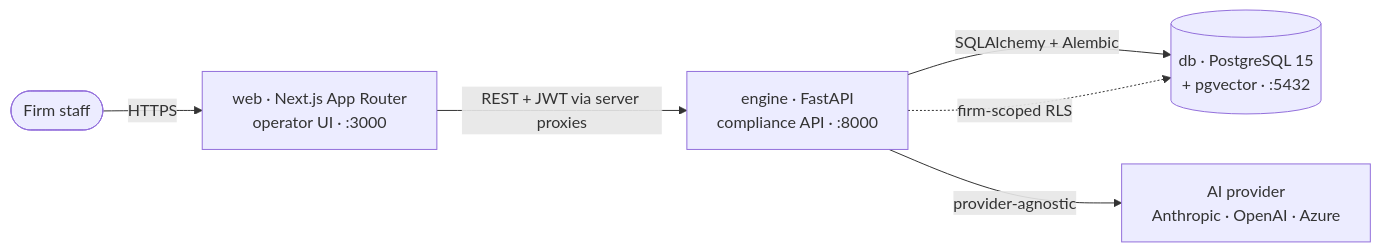
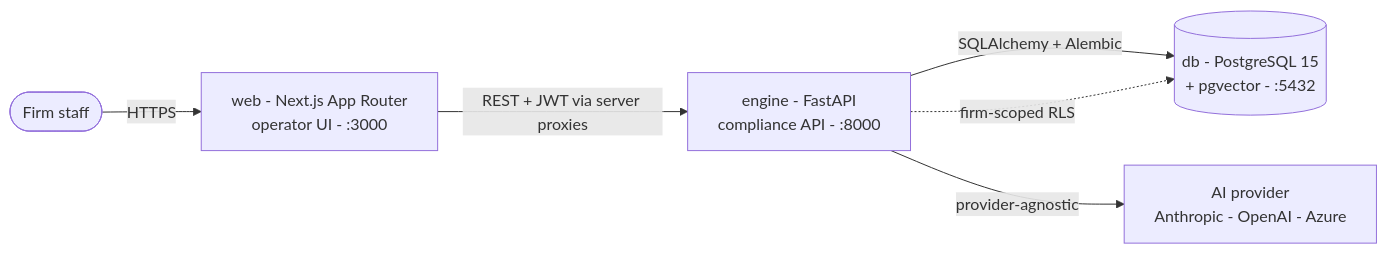
Before and after one commit to JohnJohnW/onus: the first of 3 diagrams in README.md, drawn with Mermaid. The commit also changed other lines of this file and 46 other files, not shown here.

````diff
--- a/README.md
+++ b/README.md
@@ -21,8 +21,8 @@
 ```mermaid
 flowchart LR
-  User(["Firm staff"]) -->|HTTPS| Web["web · Next.js App Router<br/>operator UI · :3000"]
-  Web -->|REST + JWT via server proxies| Engine["engine · FastAPI<br/>compliance API · :8000"]
-  Engine -->|SQLAlchemy + Alembic| DB[("db · PostgreSQL 15<br/>+ pgvector · :5432")]
-  Engine -->|provider-agnostic| AI["AI provider<br/>Anthropic · OpenAI · Azure"]
+  User(["Firm staff"]) -->|HTTPS| Web["web - Next.js App Router<br/>operator UI - :3000"]
+  Web -->|REST + JWT via server proxies| Engine["engine - FastAPI<br/>compliance API - :8000"]
+  Engine -->|SQLAlchemy + Alembic| DB[("db - PostgreSQL 15<br/>+ pgvector - :5432")]
+  Engine -->|provider-agnostic| AI["AI provider<br/>Anthropic - OpenAI - Azure"]
   Engine -. firm-scoped RLS .-> DB
 ```
````
